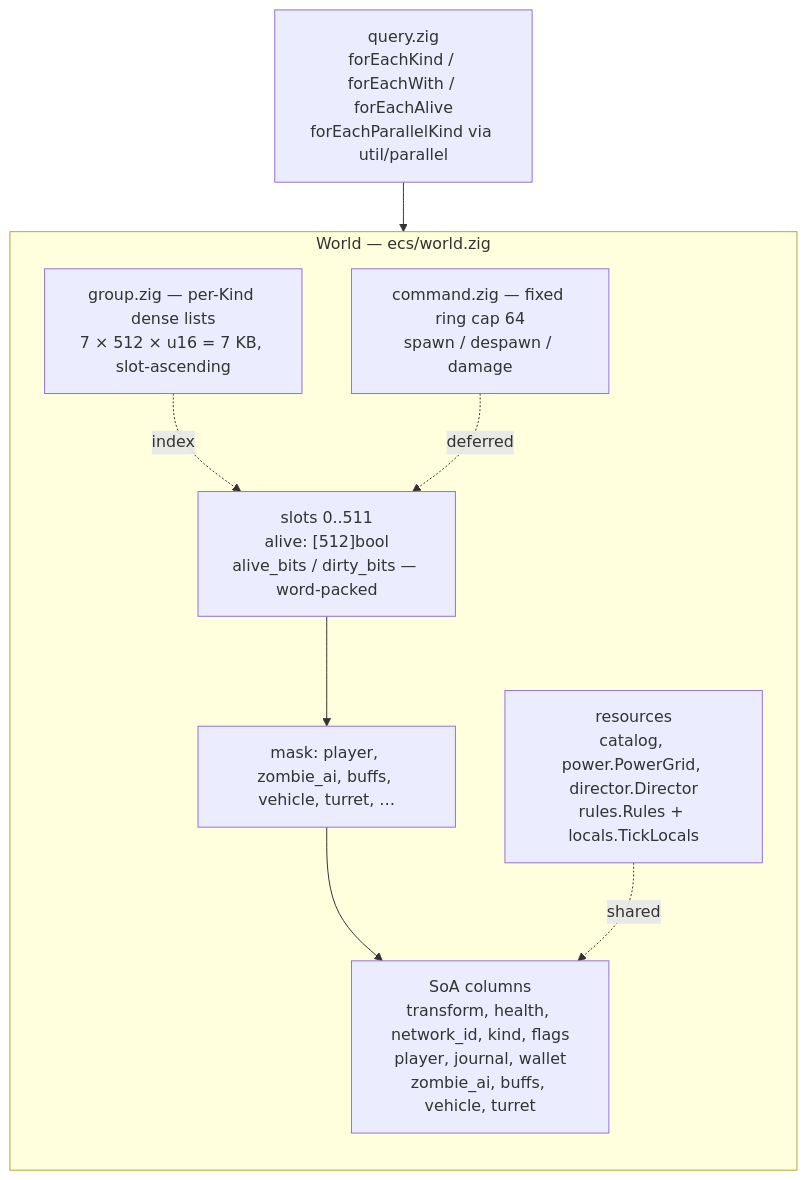
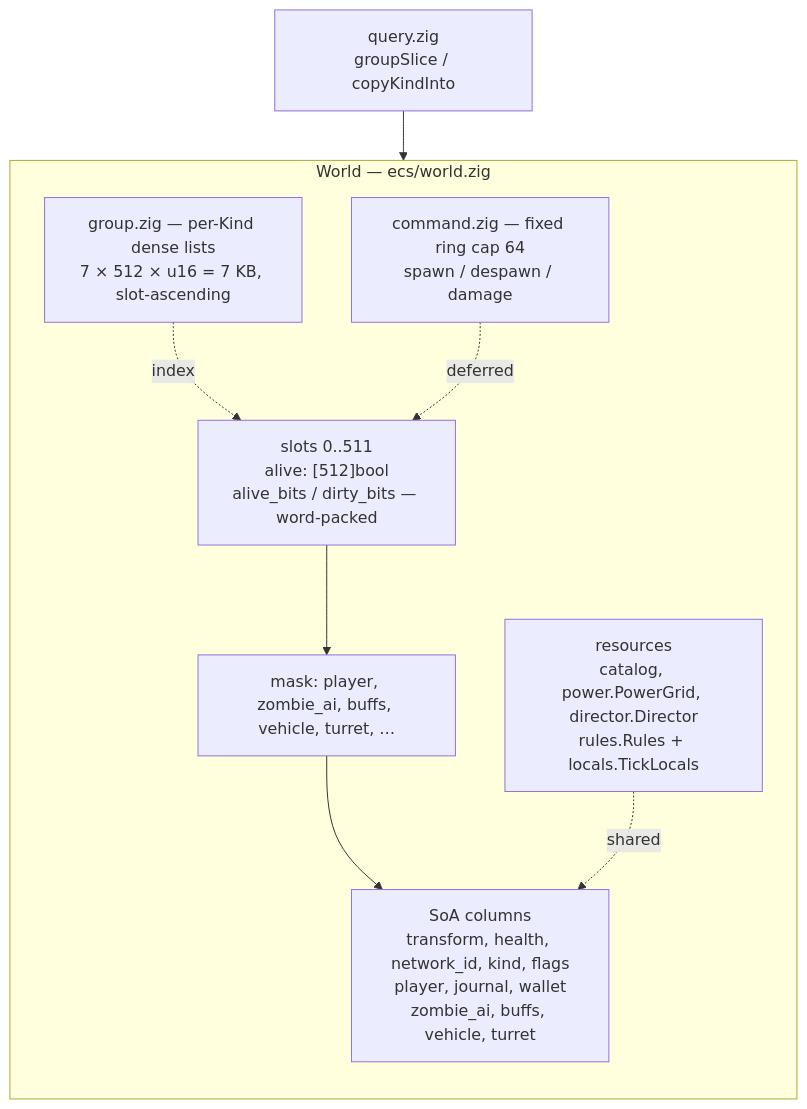
Before and after one commit to hordeforge/zdtd-server: the ninth of 19 diagrams in docs/ARCHITECTURE.md, drawn with Mermaid. The commit also changed 19 other files, not shown here.

````diff
--- a/docs/ARCHITECTURE.md
+++ b/docs/ARCHITECTURE.md
@@ -379,19 +379,19 @@
 ```mermaid
 flowchart TB
     subgraph world["World — ecs/world.zig"]
         direction TB
         SLOTS["slots 0..511<br/>alive: [512]bool<br/>alive_bits / dirty_bits — word-packed"]
         MASK["mask: player, zombie_ai, buffs, vehicle, turret, …"]
         COLS["SoA columns<br/>transform, health, network_id, kind, flags<br/>player, journal, wallet<br/>zombie_ai, buffs, vehicle, turret"]
         RES["resources<br/>catalog, power.PowerGrid, director.Director<br/>rules.Rules + locals.TickLocals"]
         GROUPS["group.zig — per-Kind dense lists<br/>7 × 512 × u16 = 7 KB, slot-ascending"]
         CMD["command.zig — fixed ring cap 64<br/>spawn / despawn / damage"]
         SLOTS --> MASK --> COLS
         RES -. shared .-> COLS
         GROUPS -. index .-> SLOTS
         CMD -. deferred .-> SLOTS
     end
 
-    QUERY["query.zig<br/>forEachKind / forEachWith / forEachAlive<br/>forEachParallelKind via util/parallel"]
+    QUERY["query.zig<br/>groupSlice / copyKindInto"]
     QUERY --> world
 ```
````
